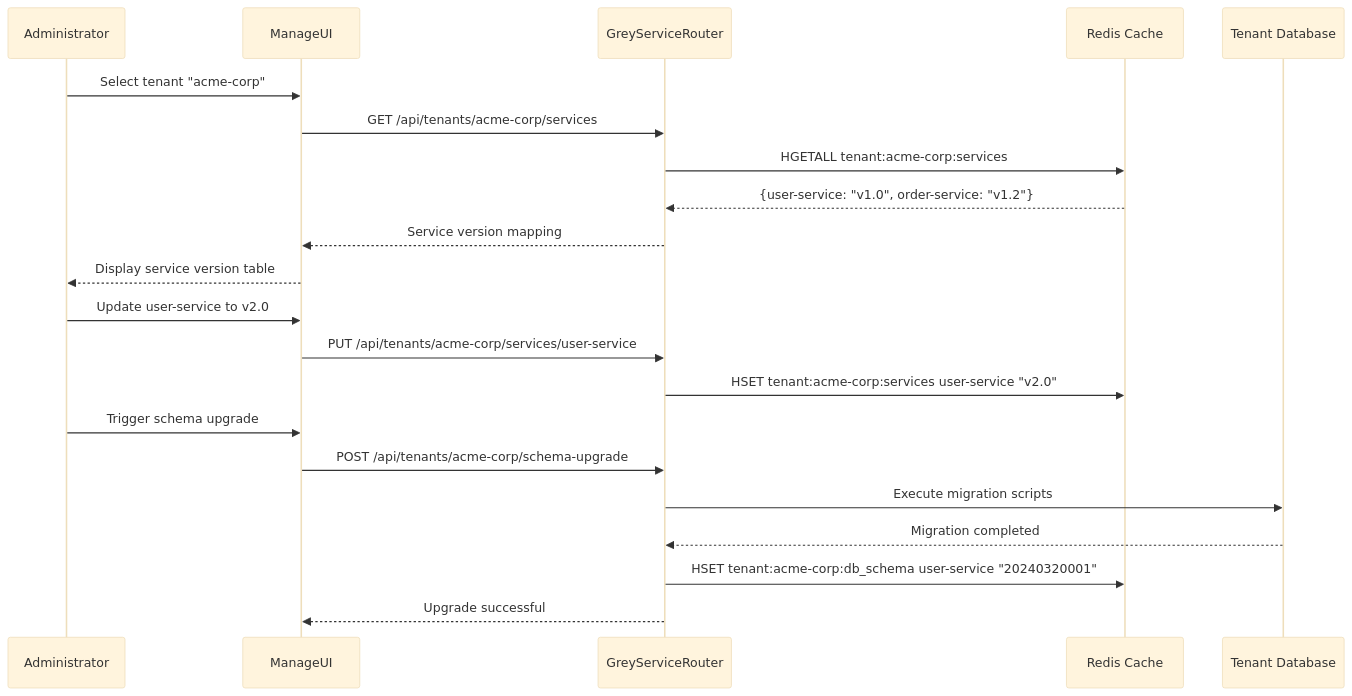
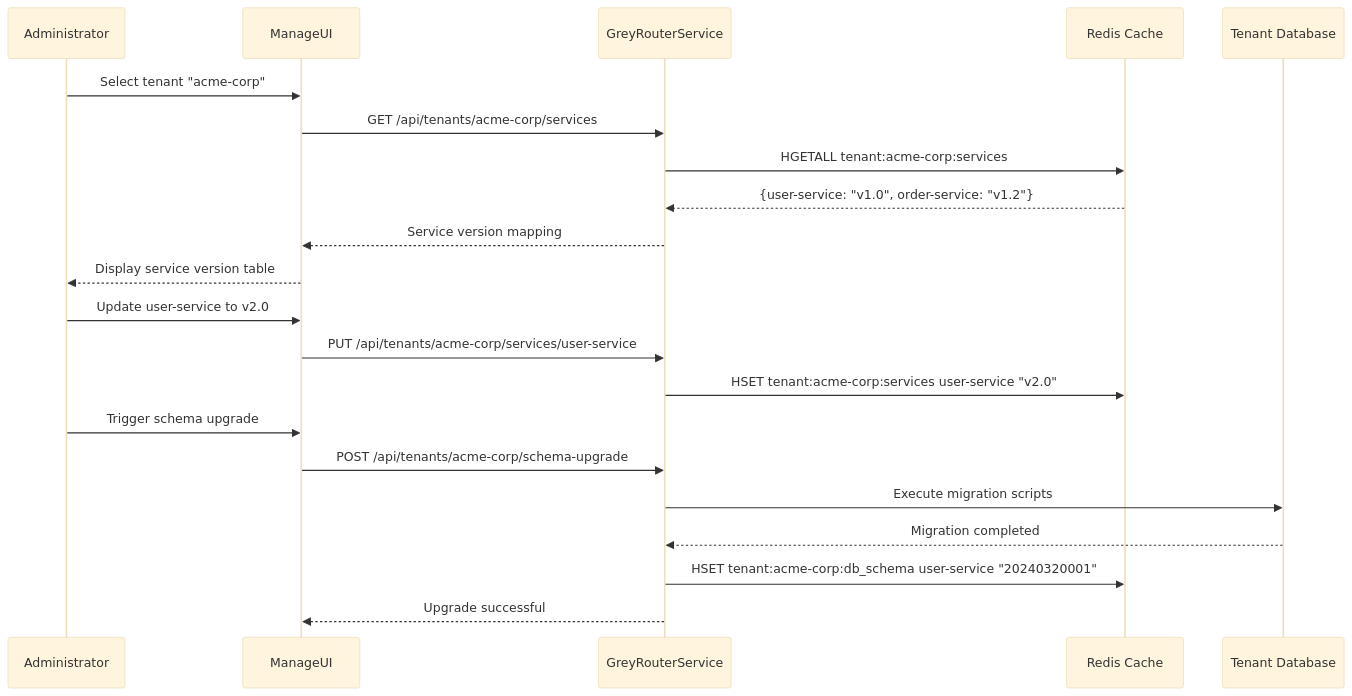
One commit to shayne007/blog changed the second of 2 diagrams in source/_posts/Design-Grey-Service-Router-Guide.md. Above: the diagram before and after it, drawn with Mermaid (base theme). The commit also changed other lines of this file, not shown here.

Commit message:
update grey router

```diff
--- a/source/_posts/Design-Grey-Service-Router-Guide.md
+++ b/source/_posts/Design-Grey-Service-Router-Guide.md
@@ -174,25 +424,25 @@
 {% mermaid sequenceDiagram %}
     participant Admin as Administrator
     participant UI as ManageUI
-    participant Router as GreyServiceRouter
+    participant Router as GreyRouterService
     participant Redis as Redis Cache
     participant DB as Tenant Database
 
     Admin->>UI: Select tenant "acme-corp"
     UI->>Router: GET /api/tenants/acme-corp/services
     Router->>Redis: HGETALL tenant:acme-corp:services
     Redis-->>Router: {user-service: "v1.0", order-service: "v1.2"}
     Router-->>UI: Service version mapping
     UI-->>Admin: Display service version table
 
     Admin->>UI: Update user-service to v2.0
     UI->>Router: PUT /api/tenants/acme-corp/services/user-service
     Router->>Redis: HSET tenant:acme-corp:services user-service "v2.0"
     
     Admin->>UI: Trigger schema upgrade
     UI->>Router: POST /api/tenants/acme-corp/schema-upgrade
     Router->>DB: Execute migration scripts
     DB-->>Router: Migration completed
     Router->>Redis: HSET tenant:acme-corp:db_schema user-service "20240320001"
     Router-->>UI: Upgrade successful
 {% endmermaid %}
```
